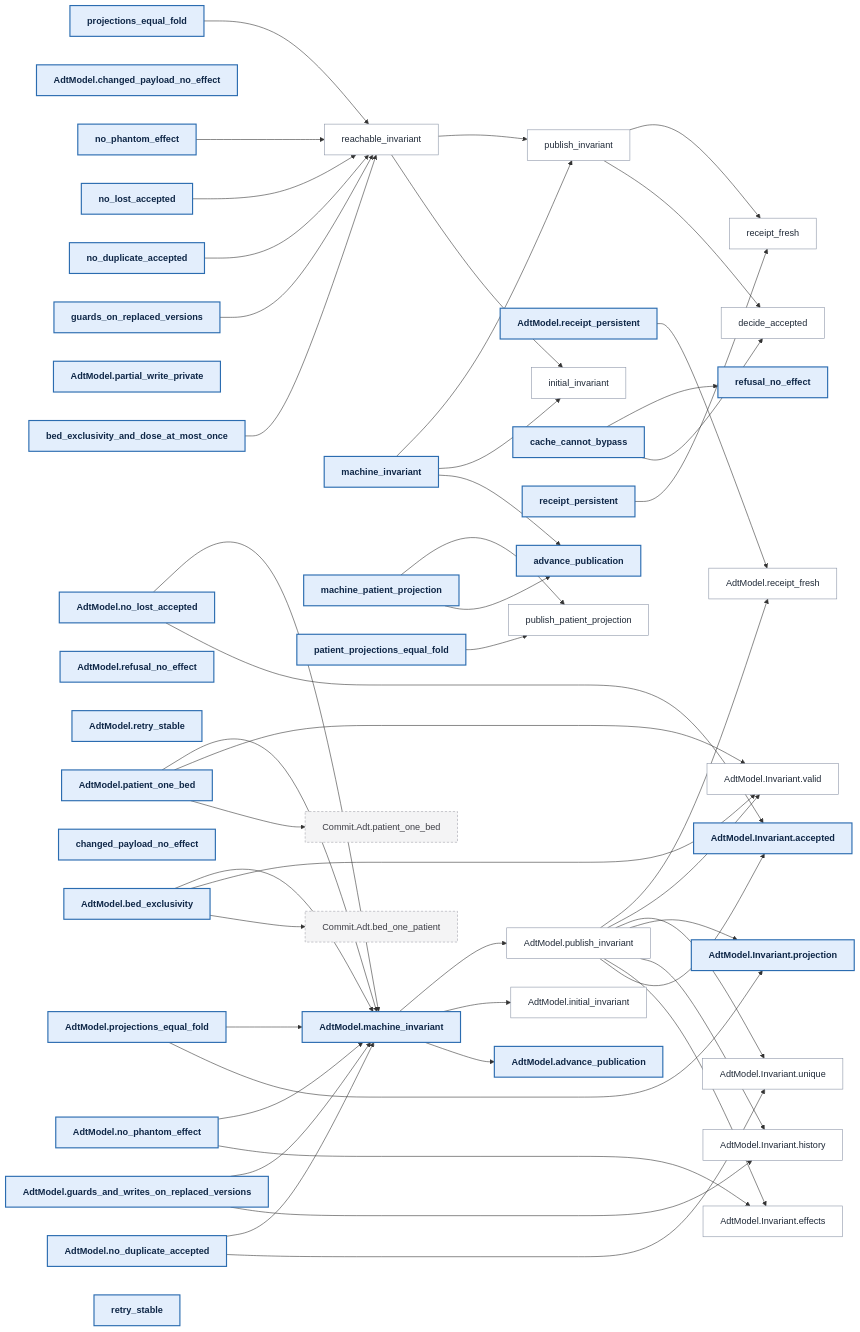
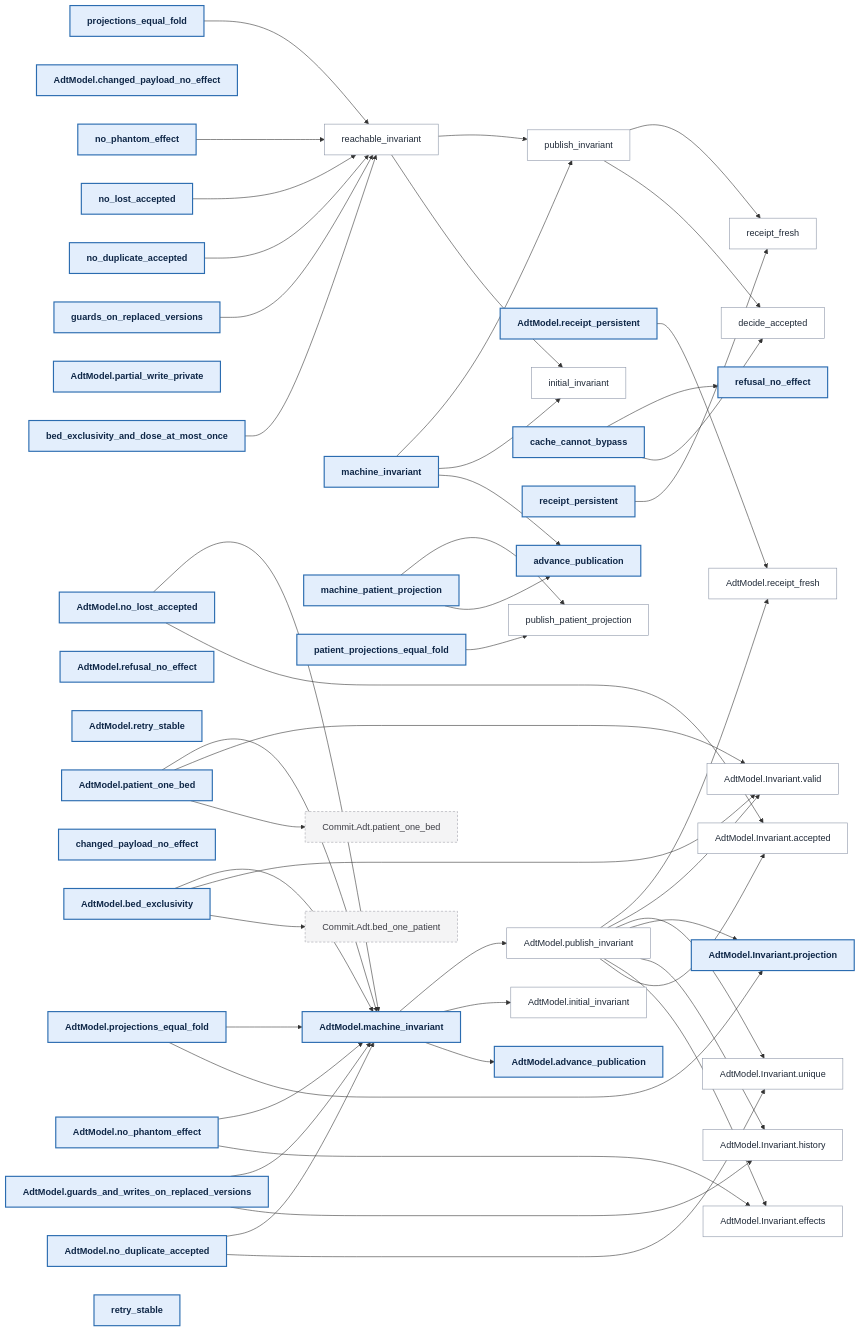
One commit to saithat/VGI-Health changed the seventh of 9 diagrams in docs/proof-map.md. Above: the diagram before and after it, drawn with Mermaid. The commit also changed other lines of this file and 3 other files, not shown here.

````diff
--- a/docs/proof-map.md
+++ b/docs/proof-map.md
@@ -895,38 +1040,38 @@
 ```mermaid
 flowchart LR
-  n0["AdtModel.Invariant.accepted"]:::head
-  n1["AdtModel.Invariant.projection"]:::head
-  n2["AdtModel.advance_publication"]:::head
-  n3["AdtModel.bed_exclusivity"]:::head
-  n4["AdtModel.changed_payload_no_effect"]:::head
-  n5["AdtModel.guards_and_writes_on_replaced_versions"]:::head
-  n6["AdtModel.machine_invariant"]:::head
-  n7["AdtModel.no_duplicate_accepted"]:::head
-  n8["AdtModel.no_lost_accepted"]:::head
-  n9["AdtModel.no_phantom_effect"]:::head
-  n10["AdtModel.partial_write_private"]:::head
-  n11["AdtModel.patient_one_bed"]:::head
-  n12["AdtModel.projections_equal_fold"]:::head
-  n13["AdtModel.receipt_persistent"]:::head
-  n14["AdtModel.refusal_no_effect"]:::head
-  n15["AdtModel.retry_stable"]:::head
-  n16["advance_publication"]:::head
-  n17["bed_exclusivity_and_dose_at_most_once"]:::head
-  n18["cache_cannot_bypass"]:::head
-  n19["changed_payload_no_effect"]:::head
-  n20["guards_on_replaced_versions"]:::head
-  n21["machine_invariant"]:::head
-  n22["machine_patient_projection"]:::head
-  n23["no_duplicate_accepted"]:::head
-  n24["no_lost_accepted"]:::head
-  n25["no_phantom_effect"]:::head
-  n26["patient_projections_equal_fold"]:::head
-  n27["projections_equal_fold"]:::head
-  n28["receipt_persistent"]:::head
-  n29["refusal_no_effect"]:::head
-  n30["retry_stable"]:::head
-  n31["Commit.Adt.bed_one_patient"]:::other
-  n32["Commit.Adt.patient_one_bed"]:::other
+  n0["AdtModel.Invariant.projection"]:::head
+  n1["AdtModel.advance_publication"]:::head
+  n2["AdtModel.bed_exclusivity"]:::head
+  n3["AdtModel.changed_payload_no_effect"]:::head
+  n4["AdtModel.guards_and_writes_on_replaced_versions"]:::head
+  n5["AdtModel.machine_invariant"]:::head
+  n6["AdtModel.no_duplicate_accepted"]:::head
+  n7["AdtModel.no_lost_accepted"]:::head
+  n8["AdtModel.no_phantom_effect"]:::head
+  n9["AdtModel.partial_write_private"]:::head
+  n10["AdtModel.patient_one_bed"]:::head
+  n11["AdtModel.projections_equal_fold"]:::head
+  n12["AdtModel.receipt_persistent"]:::head
+  n13["AdtModel.refusal_no_effect"]:::head
+  n14["AdtModel.retry_stable"]:::head
+  n15["advance_publication"]:::head
+  n16["bed_exclusivity_and_dose_at_most_once"]:::head
+  n17["cache_cannot_bypass"]:::head
+  n18["changed_payload_no_effect"]:::head
+  n19["guards_on_replaced_versions"]:::head
+  n20["machine_invariant"]:::head
+  n21["machine_patient_projection"]:::head
+  n22["no_duplicate_accepted"]:::head
+  n23["no_lost_accepted"]:::head
+  n24["no_phantom_effect"]:::head
+  n25["patient_projections_equal_fold"]:::head
+  n26["projections_equal_fold"]:::head
+  n27["receipt_persistent"]:::head
+  n28["refusal_no_effect"]:::head
+  n29["retry_stable"]:::head
+  n30["Commit.Adt.bed_one_patient"]:::other
+  n31["Commit.Adt.patient_one_bed"]:::other
+  n32["AdtModel.Invariant.accepted"]:::lemma
   n33["AdtModel.Invariant.effects"]:::lemma
   n34["AdtModel.Invariant.history"]:::lemma
   n35["AdtModel.Invariant.unique"]:::lemma
@@ -940,45 +1085,45 @@
   n43["publish_patient_projection"]:::lemma
   n44["reachable_invariant"]:::lemma
   n45["receipt_fresh"]:::lemma
-  n3 --> n31
-  n3 --> n36
-  n3 --> n6
-  n5 --> n34
-  n5 --> n6
-  n6 --> n2
-  n6 --> n37
-  n6 --> n38
-  n7 --> n35
-  n7 --> n6
-  n8 --> n0
-  n8 --> n6
-  n9 --> n33
-  n9 --> n6
-  n11 --> n32
-  n11 --> n36
-  n11 --> n6
-  n12 --> n1
-  n12 --> n6
-  n13 --> n39
-  n17 --> n44
-  n18 --> n40
-  n18 --> n29
-  n20 --> n44
-  n21 --> n16
-  n21 --> n41
-  n21 --> n42
-  n22 --> n16
-  n22 --> n43
+  n2 --> n30
+  n2 --> n36
+  n2 --> n5
+  n4 --> n34
+  n4 --> n5
+  n5 --> n1
+  n5 --> n37
+  n5 --> n38
+  n6 --> n35
+  n6 --> n5
+  n7 --> n32
+  n7 --> n5
+  n8 --> n33
+  n8 --> n5
+  n10 --> n31
+  n10 --> n36
+  n10 --> n5
+  n11 --> n0
+  n11 --> n5
+  n12 --> n39
+  n16 --> n44
+  n17 --> n40
+  n17 --> n28
+  n19 --> n44
+  n20 --> n15
+  n20 --> n41
+  n20 --> n42
+  n21 --> n15
+  n21 --> n43
+  n22 --> n44
   n23 --> n44
   n24 --> n44
-  n25 --> n44
-  n26 --> n43
-  n27 --> n44
-  n28 --> n45
-  n38 --> n0
+  n25 --> n43
+  n26 --> n44
+  n27 --> n45
+  n38 --> n32
   n38 --> n33
   n38 --> n34
-  n38 --> n1
+  n38 --> n0
   n38 --> n35
   n38 --> n36
   n38 --> n39
````
